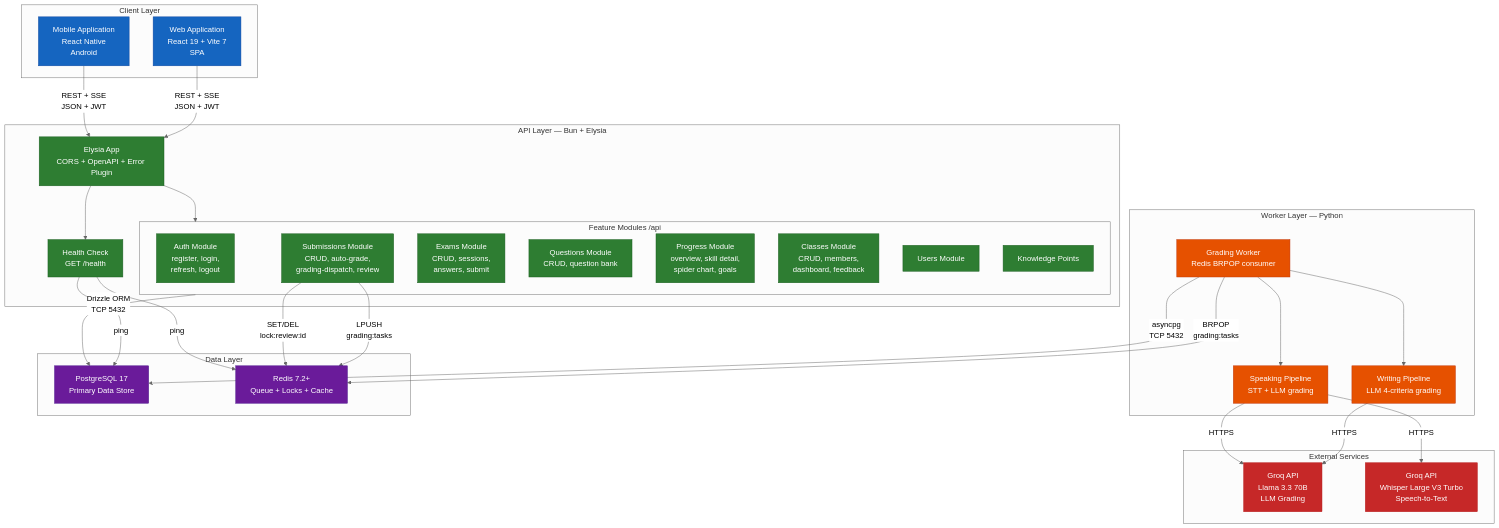
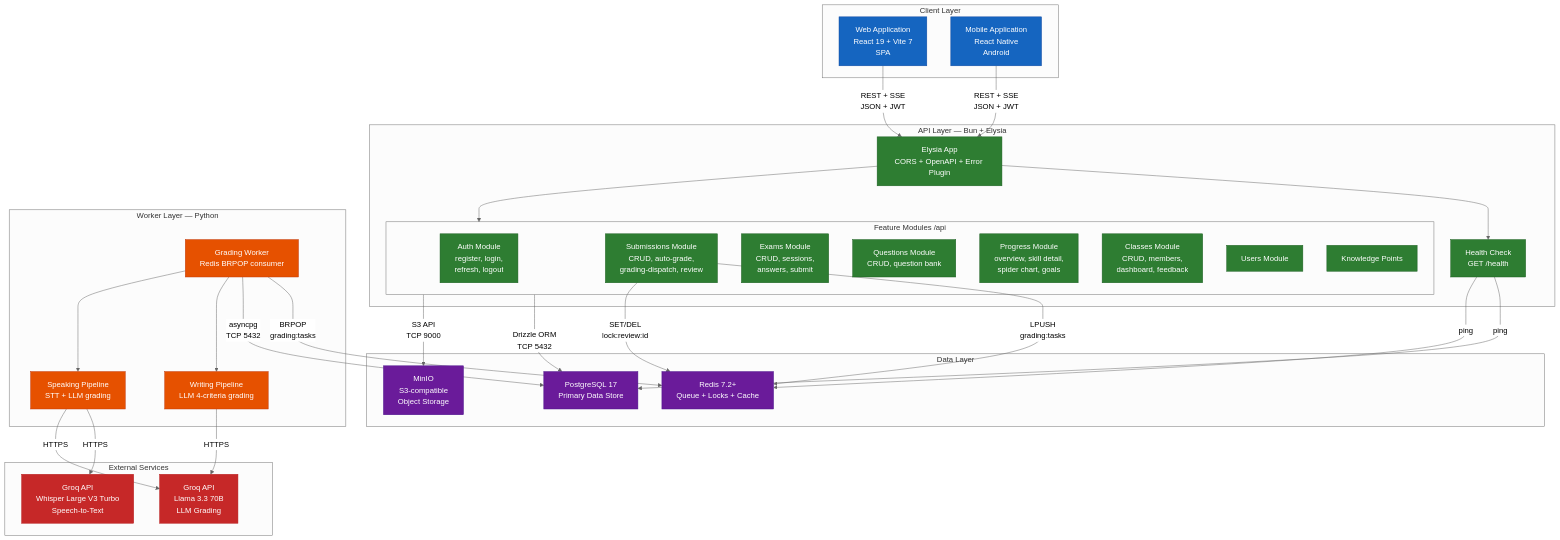
The first of 16 diagrams in docs/capstone/reports/ENG/report4-software-design-document.md (nghyane/VSTEP), drawn with Mermaid (neutral theme) before and after one commit. The commit also changed other lines of this file and 3 other files, not shown here.

````diff
--- a/docs/capstone/reports/ENG/report4-software-design-document.md
+++ b/docs/capstone/reports/ENG/report4-software-design-document.md
@@ -50,71 +50,73 @@
 ```mermaid
 flowchart TB
     subgraph Clients ["Client Layer"]
         WebApp["Web Application<br/>React 19 + Vite 7<br/>SPA"]
         MobileApp["Mobile Application<br/>React Native<br/>Android"]
     end
 
     subgraph APILayer ["API Layer — Bun + Elysia"]
         Gateway["Elysia App<br/>CORS + OpenAPI + Error Plugin"]
         subgraph Modules ["Feature Modules /api"]
             AuthMod["Auth Module<br/>register, login,<br/>refresh, logout"]
             SubMod["Submissions Module<br/>CRUD, auto-grade,<br/>grading-dispatch, review"]
             ExamMod["Exams Module<br/>CRUD, sessions,<br/>answers, submit"]
             QuestMod["Questions Module<br/>CRUD, question bank"]
             ProgMod["Progress Module<br/>overview, skill detail,<br/>spider chart, goals"]
             ClassMod["Classes Module<br/>CRUD, members,<br/>dashboard, feedback"]
             UserMod["Users Module"]
             KPMod["Knowledge Points"]
         end
         HealthMod["Health Check<br/>GET /health"]
     end
 
     subgraph WorkerLayer ["Worker Layer — Python"]
         Worker["Grading Worker<br/>Redis BRPOP consumer"]
         WritingPipe["Writing Pipeline<br/>LLM 4-criteria grading"]
         SpeakingPipe["Speaking Pipeline<br/>STT + LLM grading"]
     end
 
     subgraph DataLayer ["Data Layer"]
         PG["PostgreSQL 17<br/>Primary Data Store"]
         Redis["Redis 7.2+<br/>Queue + Locks + Cache"]
+        MinIO["MinIO<br/>S3-compatible<br/>Object Storage"]
     end
 
     subgraph External ["External Services"]
         GroqLLM["Groq API<br/>Llama 3.3 70B<br/>LLM Grading"]
         GroqSTT["Groq API<br/>Whisper Large V3 Turbo<br/>Speech-to-Text"]
     end
 
     WebApp -->|"REST + SSE<br/>JSON + JWT"| Gateway
     MobileApp -->|"REST + SSE<br/>JSON + JWT"| Gateway
     Gateway --> Modules
     Gateway --> HealthMod
 
     SubMod -->|"LPUSH<br/>grading:tasks"| Redis
     Worker -->|"BRPOP<br/>grading:tasks"| Redis
     SubMod -->|"SET/DEL<br/>lock:review:id"| Redis
 
     Modules -->|"Drizzle ORM<br/>TCP 5432"| PG
     Worker -->|"asyncpg<br/>TCP 5432"| PG
 
     Worker --> WritingPipe
     Worker --> SpeakingPipe
     WritingPipe -->|"HTTPS"| GroqLLM
     SpeakingPipe -->|"HTTPS"| GroqSTT
     SpeakingPipe -->|"HTTPS"| GroqLLM
 
     HealthMod -->|"ping"| PG
     HealthMod -->|"ping"| Redis
+    Modules -->|"S3 API<br/>TCP 9000"| MinIO
 
     classDef client fill:#1565c0,stroke:#0d47a1,color:#fff
     classDef api fill:#2e7d32,stroke:#1b5e20,color:#fff
     classDef worker fill:#e65100,stroke:#bf360c,color:#fff
     classDef data fill:#6a1b9a,stroke:#4a148c,color:#fff
     classDef external fill:#c62828,stroke:#b71c1c,color:#fff
 
     class WebApp,MobileApp client
     class Gateway,AuthMod,SubMod,ExamMod,QuestMod,ProgMod,ClassMod,UserMod,KPMod,HealthMod api
     class Worker,WritingPipe,SpeakingPipe worker
-    class PG,Redis data
+    class PG,Redis,MinIO data
     class GroqLLM,GroqSTT external
 ```
````
